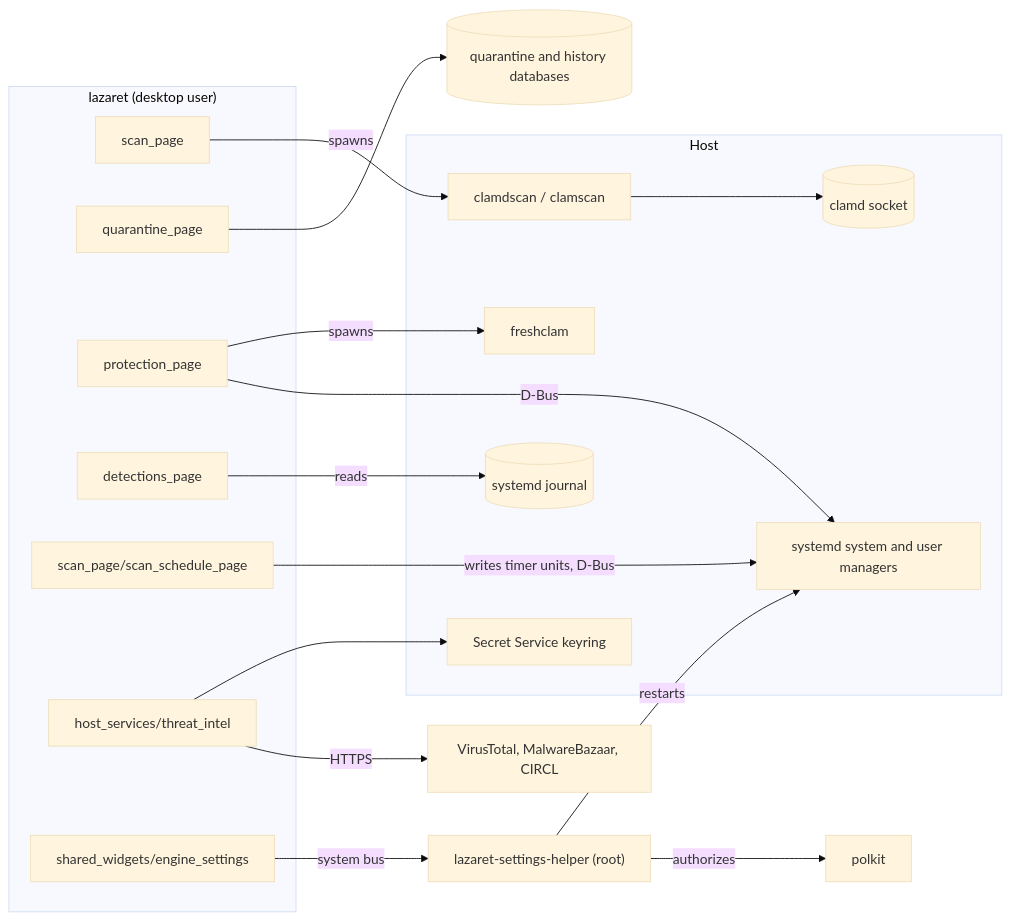
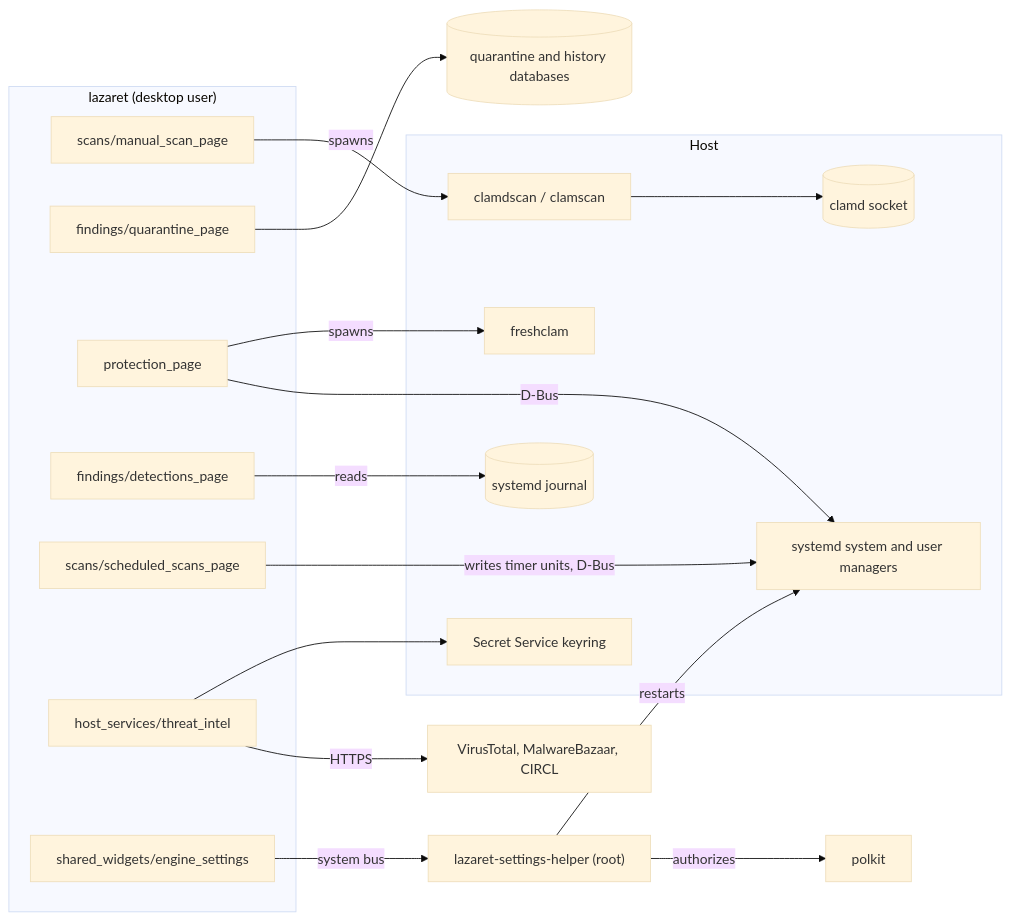
One commit to wvhulle/clamui changed the first of 6 diagrams in docs/architecture.md. Above: the diagram before and after it, drawn with Mermaid (base theme). The commit also changed other lines of this file and 1 other file, not shown here.

Commit message:
docs(layout): point architecture and translation template at the moved modules
docs/architecture.md names the new signatures/, scans/, findings/ and
sharing/ directories and host_services/protection_evidence/. The
regenerated po/lazaret.pot only changes its source references and entry
order; every message is unchanged.

Claude-Session: https://claude.ai/code/session_01D8dLLgge6Fmvu4HPudM8z4

````diff
--- a/docs/architecture.md
+++ b/docs/architecture.md
@@ -7,39 +7,39 @@
 ```mermaid
 flowchart LR
     subgraph gui["lazaret (desktop user)"]
-        scan["scan_page"]
-        quarantine["quarantine_page"]
+        scan["scans/manual_scan_page"]
+        quarantine["findings/quarantine_page"]
         protection["protection_page"]
-        detections["detections_page"]
-        schedules["scan_page/scan_schedule_page"]
+        detections["findings/detections_page"]
+        schedules["scans/scheduled_scans_page"]
         lookups["host_services/threat_intel"]
         settings["shared_widgets/engine_settings"]
     end
 
     subgraph host["Host"]
         clamdscan["clamdscan / clamscan"]
         freshclam["freshclam"]
         clamd[("clamd socket")]
         systemd["systemd system and user managers"]
         journal[("systemd journal")]
         keyring["Secret Service keyring"]
     end
 
     helper["lazaret-settings-helper (root)"]
     polkit["polkit"]
     internet["VirusTotal, MalwareBazaar, CIRCL"]
     database[("quarantine and history databases")]
 
     scan -->|spawns| clamdscan
     clamdscan --> clamd
     protection -->|D-Bus| systemd
     protection -->|spawns| freshclam
     detections -->|reads| journal
     schedules -->|writes timer units, D-Bus| systemd
     quarantine --> database
     lookups -->|HTTPS| internet
     lookups --> keyring
     settings -->|system bus| helper
     helper -->|authorizes| polkit
     helper -->|restarts| systemd
 ```
````
